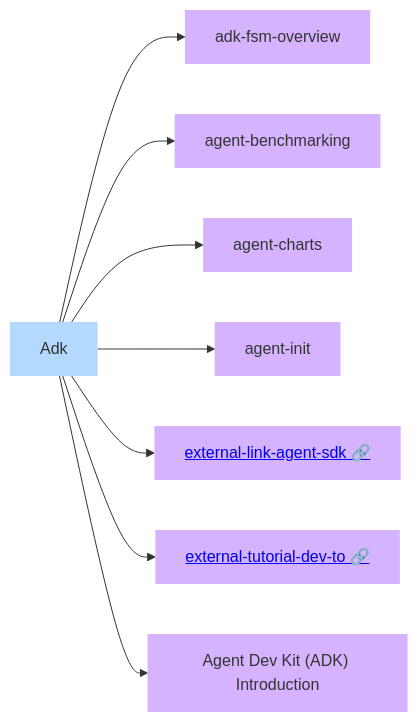
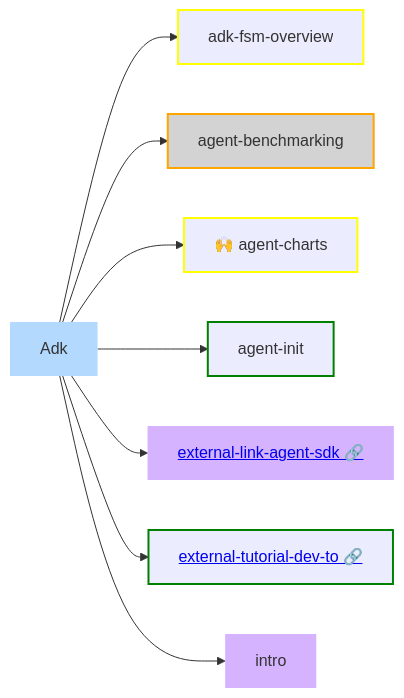
The diagram in docusaurus-resource/docs/20-agent-frameworks/adk/index.md (alexarguello/flatmap-docs-kit), drawn with Mermaid before and after one commit. The commit also changed other lines of this file and 41 other files, not shown here.

````diff
--- a/docusaurus-resource/docs/20-agent-frameworks/adk/index.md
+++ b/docusaurus-resource/docs/20-agent-frameworks/adk/index.md
@@ -10,38 +14,43 @@
 ```mermaid
 graph LR
 n_20_agent_frameworks_adk["Adk"]
 n_20_agent_frameworks_adk_adk_fsm_overview_md["adk-fsm-overview"]
 n_20_agent_frameworks_adk --> n_20_agent_frameworks_adk_adk_fsm_overview_md
 n_20_agent_frameworks_adk_agent_benchmarking_md["agent-benchmarking"]
 n_20_agent_frameworks_adk --> n_20_agent_frameworks_adk_agent_benchmarking_md
-n_20_agent_frameworks_adk_agent_charts_md["agent-charts"]
+n_20_agent_frameworks_adk_agent_charts_md["🙌 agent-charts"]
 n_20_agent_frameworks_adk --> n_20_agent_frameworks_adk_agent_charts_md
 n_20_agent_frameworks_adk_agent_init_md["agent-init"]
 n_20_agent_frameworks_adk --> n_20_agent_frameworks_adk_agent_init_md
 n_20_agent_frameworks_adk_external_link_agent_sdk_md["<a href='https://google.github.io/adk-docs/' target='_blank' rel='noopener noreferrer'>external-link-agent-sdk 🔗</a>"]
 n_20_agent_frameworks_adk --> n_20_agent_frameworks_adk_external_link_agent_sdk_md
 n_20_agent_frameworks_adk_external_tutorial_dev_to_md["<a href='https://www.datacamp.com/tutorial/agent-development-kit-adk' target='_blank' rel='noopener noreferrer'>external-tutorial-dev-to 🔗</a>"]
 n_20_agent_frameworks_adk --> n_20_agent_frameworks_adk_external_tutorial_dev_to_md
-n_20_agent_frameworks_adk_intro_md["Agent Dev Kit (ADK) Introduction"]
+n_20_agent_frameworks_adk_intro_md["intro"]
 n_20_agent_frameworks_adk --> n_20_agent_frameworks_adk_intro_md
 click n_20_agent_frameworks_adk "/docs/agent-frameworks/adk"
 click n_20_agent_frameworks_adk_adk_fsm_overview_md "/docs/agent-frameworks/adk/adk-fsm-overview"
 click n_20_agent_frameworks_adk_agent_benchmarking_md "/docs/agent-frameworks/adk/agent-benchmarking"
 click n_20_agent_frameworks_adk_agent_charts_md "/docs/agent-frameworks/adk/agent-charts"
 click n_20_agent_frameworks_adk_agent_init_md "/docs/agent-frameworks/adk/agent-init"
 click n_20_agent_frameworks_adk_intro_md "/docs/agent-frameworks/adk/intro"
 classDef col0 fill:#b3d9ff,stroke:none;
 classDef col1 fill:#d5b3ff,stroke:none;
 classDef col2 fill:#ffcccc,stroke:none;
 classDef col3 fill:#ffd699,stroke:none;
 classDef col4 fill:#d0f0c0,stroke:none;
-class n_20_agent_frameworks_adk_adk_fsm_overview_md col1;
-class n_20_agent_frameworks_adk_agent_benchmarking_md col1;
-class n_20_agent_frameworks_adk_agent_charts_md col1;
-class n_20_agent_frameworks_adk_agent_init_md col1;
 class n_20_agent_frameworks_adk_external_link_agent_sdk_md col1;
-class n_20_agent_frameworks_adk_external_tutorial_dev_to_md col1;
 class n_20_agent_frameworks_adk_intro_md col1;
 class n_20_agent_frameworks_adk col0;
+classDef custom0 stroke:yellow,stroke-width:2px,stroke-dasharray:0;
+class n_20_agent_frameworks_adk_adk_fsm_overview_md custom0;
+classDef custom1 fill:lightgrey,stroke:orange,stroke-width:2px,stroke-dasharray:0;
+class n_20_agent_frameworks_adk_agent_benchmarking_md custom1;
+classDef custom2 stroke:yellow,stroke-width:2px,stroke-dasharray:0;
+class n_20_agent_frameworks_adk_agent_charts_md custom2;
+classDef custom3 stroke:green,stroke-width:2px,stroke-dasharray:0;
+class n_20_agent_frameworks_adk_agent_init_md custom3;
+classDef custom4 stroke:green,stroke-width:2px,stroke-dasharray:0;
+class n_20_agent_frameworks_adk_external_tutorial_dev_to_md custom4;
 linkStyle default interpolate basis
 ```
````
